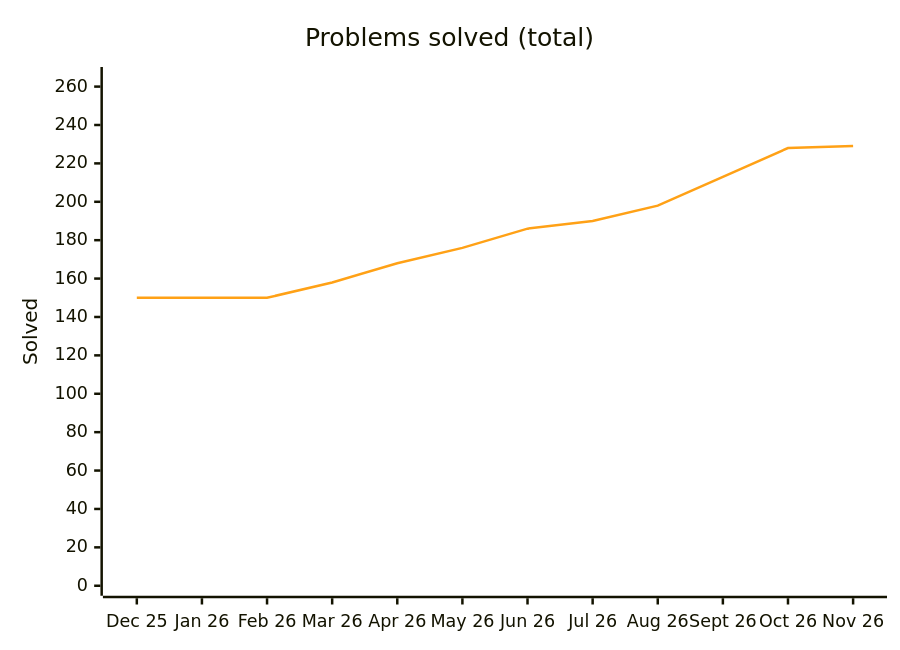
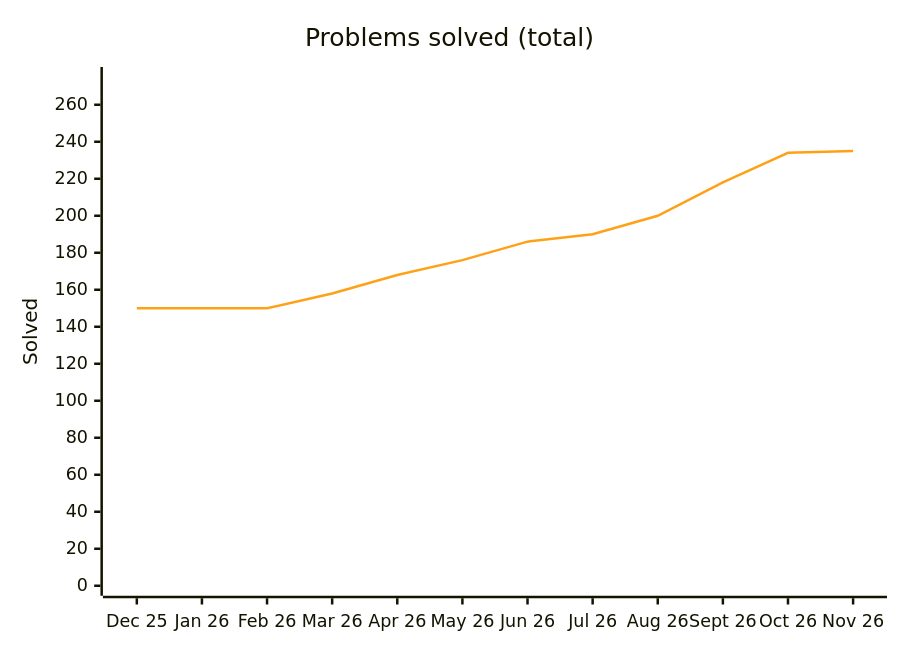
Before and after one commit to Ved-u/Java-DSA: the diagram in README.md, drawn with Mermaid. The commit also changed other lines of this file and 9 other files, not shown here.

````diff
--- a/README.md
+++ b/README.md
@@ -53,8 +53,8 @@
 ```mermaid
 %%{init: {"themeVariables": {"xyChart": {"plotColorPalette": "#ffa116"}}}}%%
 xychart-beta
     title "Problems solved (total)"
     x-axis ["Dec 25", "Jan 26", "Feb 26", "Mar 26", "Apr 26", "May 26", "Jun 26", "Jul 26", "Aug 26", "Sept 26", "Oct 26", "Nov 26"]
-    y-axis "Solved" 0 --> 265
-    line [150, 150, 150, 158, 168, 176, 186, 190, 198, 213, 228, 229]
+    y-axis "Solved" 0 --> 275
+    line [150, 150, 150, 158, 168, 176, 186, 190, 200, 218, 234, 235]
 ```
````
